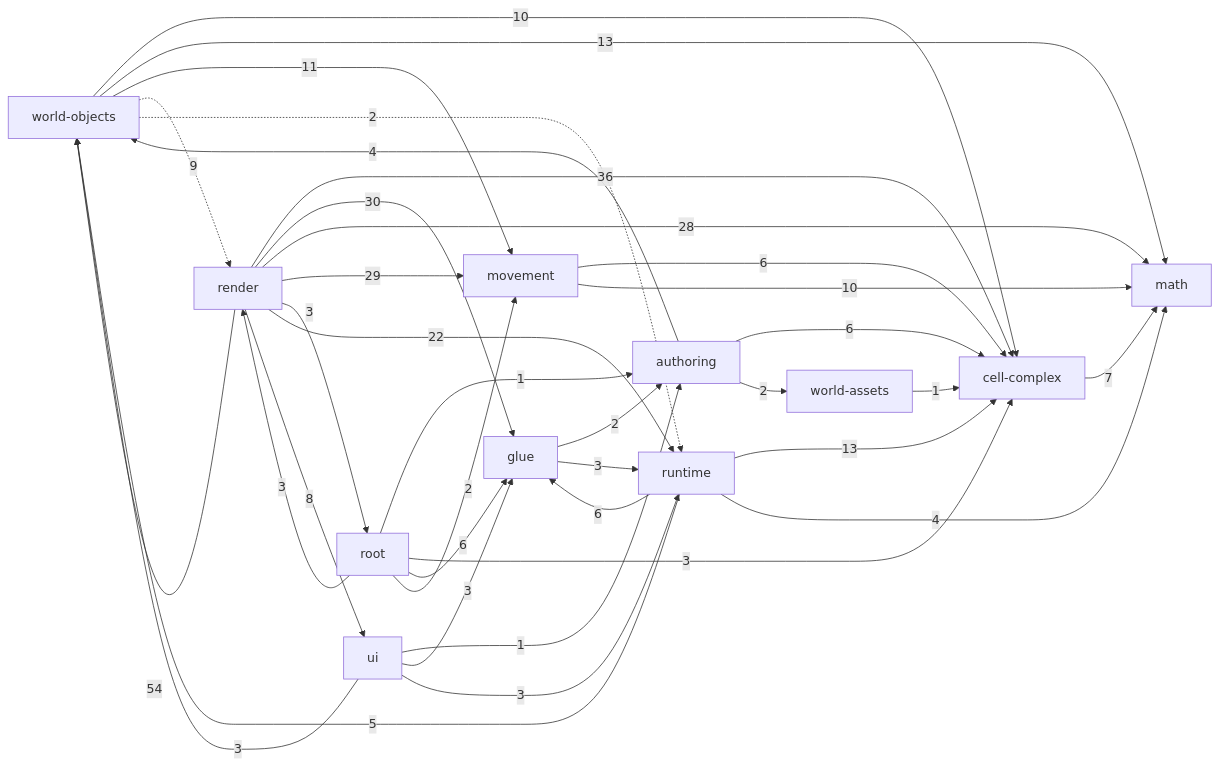
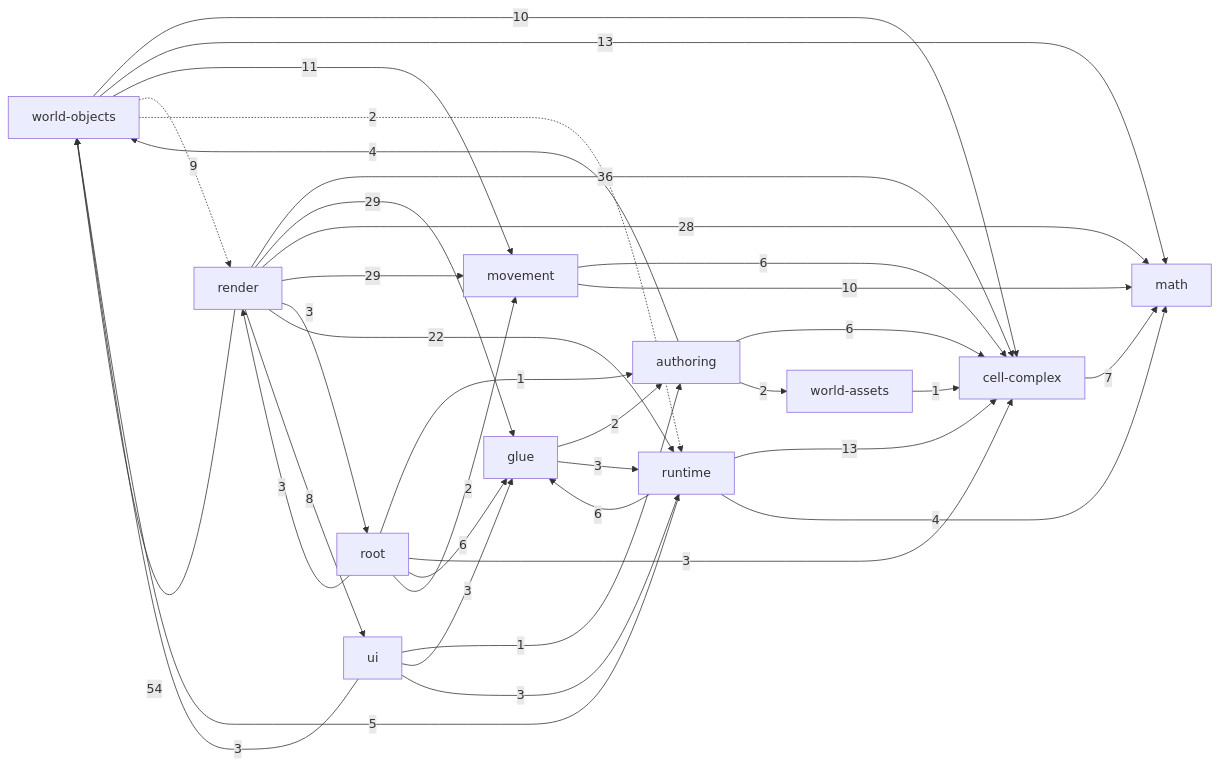
The diagram in _docs/generated/ARCHITECTURE_REFERENCE.md (guraltsev/noneuclid-fpv), drawn with Mermaid before and after one commit. The commit also changed other lines of this file and 48 other files, not shown here.

````diff
--- a/_docs/generated/ARCHITECTURE_REFERENCE.md
+++ b/_docs/generated/ARCHITECTURE_REFERENCE.md
@@ -32,49 +32,49 @@
 ```mermaid
 flowchart LR
   math["math"]
   cell_complex["cell-complex"]
   movement["movement"]
   world_assets["world-assets"]
   world_objects["world-objects"]
   authoring["authoring"]
   runtime["runtime"]
   ui["ui"]
   glue["glue"]
   render["render"]
   root["root"]
   authoring -->|6| cell_complex
   authoring -->|2| world_assets
   authoring -->|4| world_objects
   cell_complex -->|7| math
   glue -->|2| authoring
   glue -->|3| runtime
   movement -->|6| cell_complex
   movement -->|10| math
   render -->|36| cell_complex
-  render -->|30| glue
+  render -->|29| glue
   render -->|28| math
   render -->|29| movement
   render -->|3| root
   render -->|22| runtime
   render -->|8| ui
   render -->|54| world_objects
   root -->|1| authoring
   root -->|3| cell_complex
   root -->|6| glue
   root -->|2| movement
   root -->|3| render
   runtime -->|13| cell_complex
   runtime -->|6| glue
   runtime -->|4| math
   runtime -->|5| world_objects
   ui -->|1| authoring
   ui -->|3| glue
   ui -->|3| runtime
   ui -->|3| world_objects
   world_assets -->|1| cell_complex
   world_objects -->|10| cell_complex
   world_objects -->|13| math
   world_objects -->|11| movement
   world_objects -.->|9| render
   world_objects -.->|2| runtime
 ```
````
